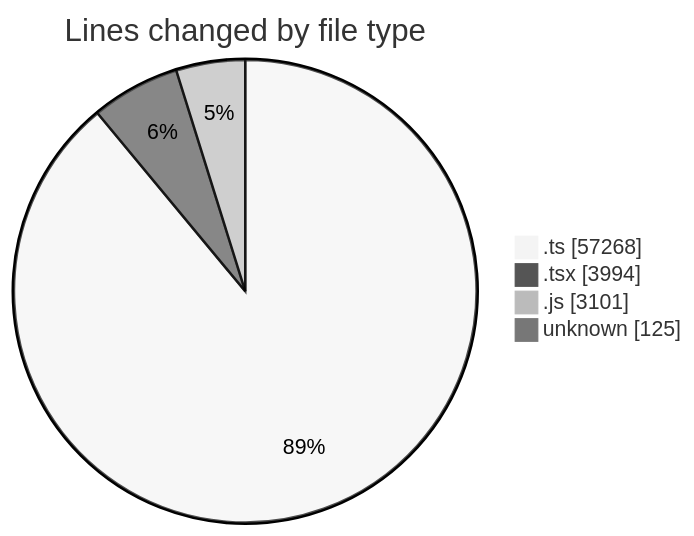
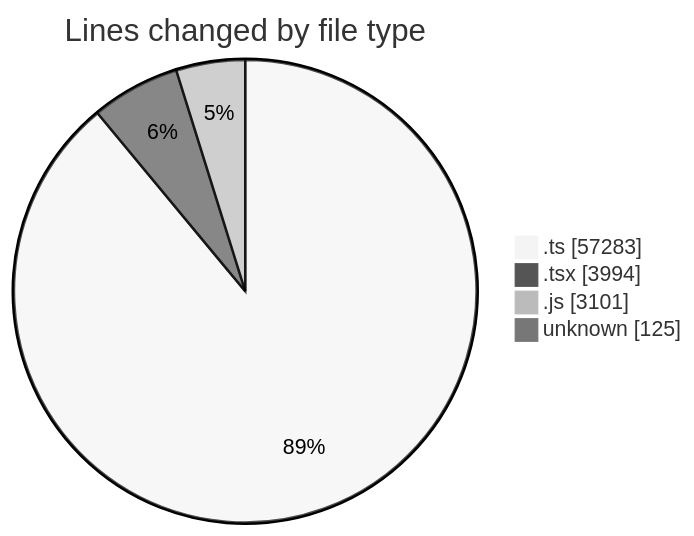
Before and after one commit to momahboobian/code-tracking: the first of 2 diagrams in 2026-09-18/cda/README.md, drawn with Mermaid (neutral theme). The commit also changed other lines of this file and 1 other file, not shown here.

````diff
--- a/2026-09-18/cda/README.md
+++ b/2026-09-18/cda/README.md
@@ -56,8 +56,8 @@
 ```mermaid
 pie showData
 title Lines changed by file type
-".ts" : 57268
+".ts" : 57283
 ".tsx" : 3994
 ".js" : 3101
 "unknown" : 125
 ```
````
